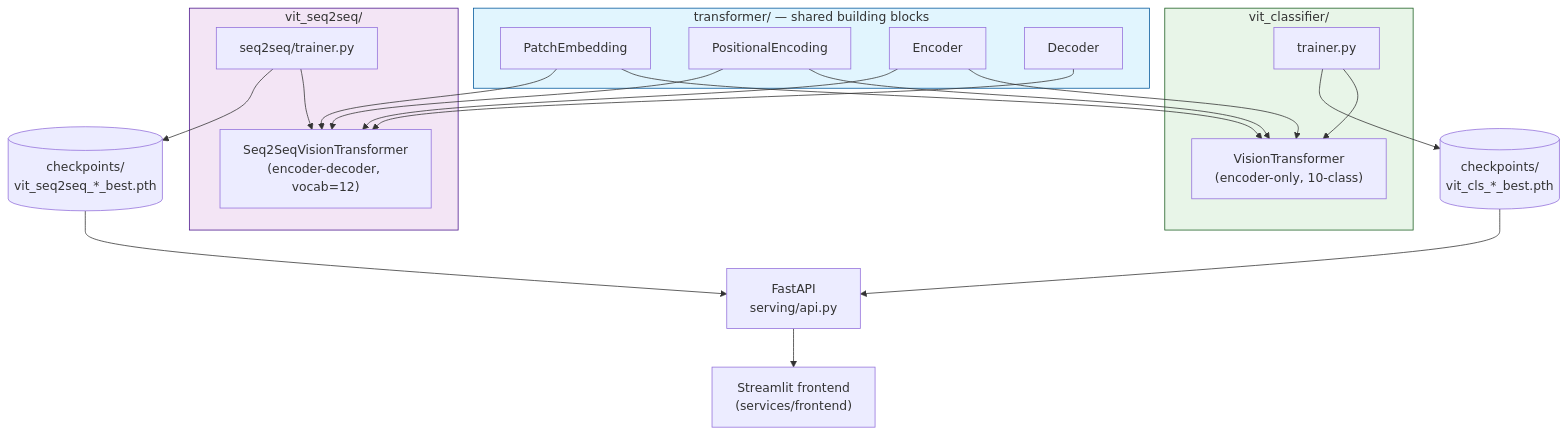
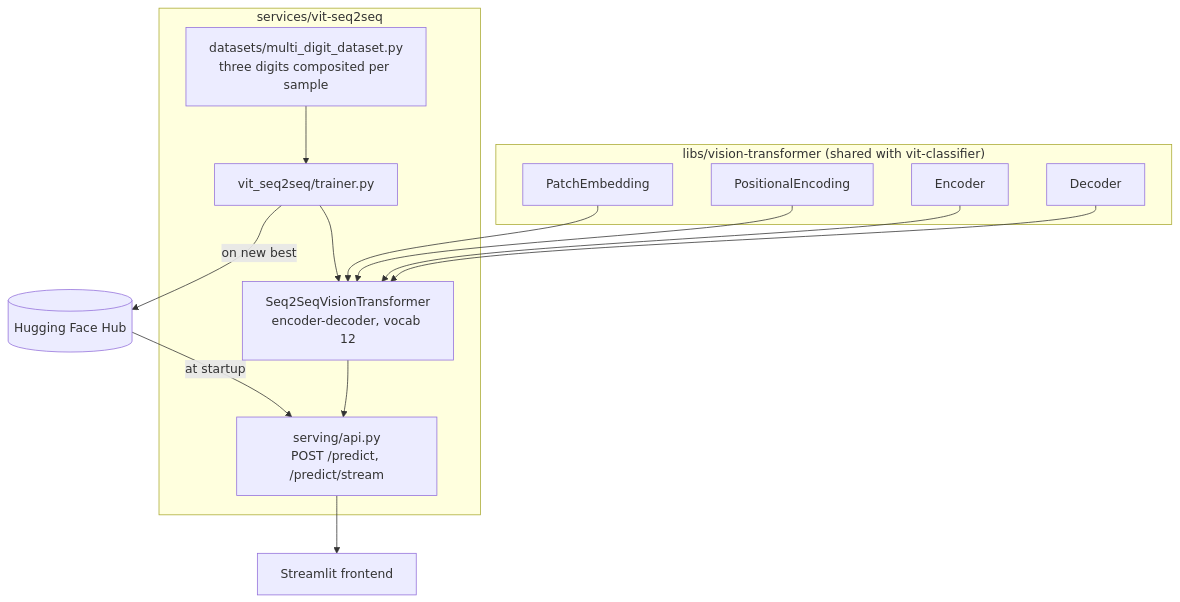
The diagram in services/vit-seq2seq/README.md (RoshBeed/ai-residency), drawn with Mermaid before and after one commit. The commit also changed other lines of this file and 7 other files, not shown here.

````diff
--- a/services/vit-seq2seq/README.md
+++ b/services/vit-seq2seq/README.md
@@ -70,43 +59,26 @@
 ```mermaid
 flowchart TD
-    subgraph Shared["transformer/ — shared building blocks"]
-        patchmod["PatchEmbedding"]
-        posmod["PositionalEncoding"]
-        encmod["Encoder"]
-        decmod["Decoder"]
+    subgraph lib["libs/vision-transformer (shared with vit-classifier)"]
+        patch["PatchEmbedding"]
+        pos["PositionalEncoding"]
+        enc["Encoder"]
+        dec["Decoder"]
     end
 
-    subgraph Classifier["vit_classifier/"]
-        clsmodel["VisionTransformer<br/>(encoder-only, 10-class)"]
-        clstrain["trainer.py"]
+    subgraph svc["services/vit-seq2seq"]
+        model["Seq2SeqVisionTransformer<br/>encoder-decoder, vocab 12"]
+        trainer["vit_seq2seq/trainer.py"]
+        data["datasets/multi_digit_dataset.py<br/>three digits composited per sample"]
+        api["serving/api.py<br/>POST /predict, /predict/stream"]
     end
 
-    subgraph Seq2Seq["vit_seq2seq/"]
-        s2smodel["Seq2SeqVisionTransformer<br/>(encoder-decoder, vocab=12)"]
-        s2strain["seq2seq/trainer.py"]
-    end
-
-    patchmod --> clsmodel
-    posmod --> clsmodel
-    encmod --> clsmodel
-    patchmod --> s2smodel
-    posmod --> s2smodel
-    encmod --> s2smodel
-    decmod --> s2smodel
-
-    clstrain --> clsmodel
-    s2strain --> s2smodel
-
-    clsckpt[("checkpoints/<br/>vit_cls_*_best.pth")]
-    s2sckpt[("checkpoints/<br/>vit_seq2seq_*_best.pth")]
-    clstrain --> clsckpt
-    s2strain --> s2sckpt
-
-    clsckpt --> api["FastAPI<br/>serving/api.py"]
-    s2sckpt --> api
-    api --> ui["Streamlit frontend<br/>(services/frontend)"]
-
-    style Shared fill:#e1f5fe,stroke:#01579b
-    style Classifier fill:#e8f5e8,stroke:#1b5e20
-    style Seq2Seq fill:#f3e5f5,stroke:#4a148c
+    patch --> model
+    pos --> model
+    enc --> model
+    dec --> model
+    data --> trainer --> model
+    trainer -->|"on new best"| hub[("Hugging Face Hub")]
+    hub -->|"at startup"| api
+    model --> api
+    api --> ui["Streamlit frontend"]
 ```
````
